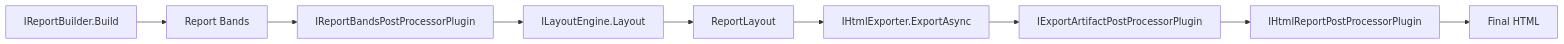
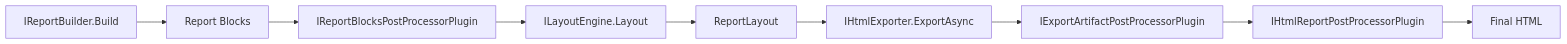
One commit to Netcodr81/kinetic-reports changed the second of 2 diagrams in docs/08-plugin-development-guide.md. Above: the diagram before and after it, drawn with Mermaid. The commit also changed other lines of this file and 49 other files, not shown here.

````diff
--- a/docs/08-plugin-development-guide.md
+++ b/docs/08-plugin-development-guide.md
@@ -44,11 +44,11 @@
 ```mermaid
 flowchart LR
-	A[IReportBuilder.Build] --> B[Report Bands]
-	B --> C[IReportBandsPostProcessorPlugin]
+	A[IReportBuilder.Build] --> B[Report Blocks]
+	B --> C[IReportBlocksPostProcessorPlugin]
 	C --> D[ILayoutEngine.Layout]
 	D --> E[ReportLayout]
 	E --> F[IHtmlExporter.ExportAsync]
 	F --> G[IExportArtifactPostProcessorPlugin]
 	G --> H[IHtmlReportPostProcessorPlugin]
 	H --> I[Final HTML]
 ```
````
